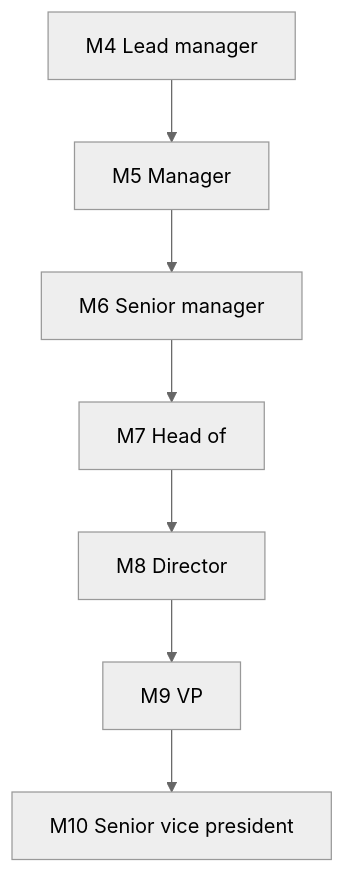
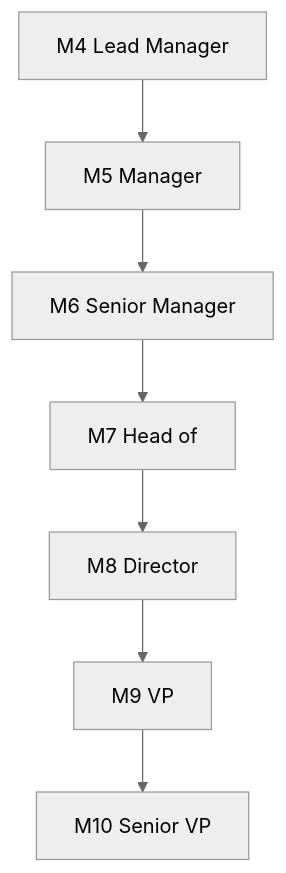
Before and after one commit to ultralytics/handbook: the diagram in docs/en/people/careers/levels-management.md, drawn with Mermaid (neutral theme). The commit also changed 8 other files, not shown here.

First line of the commit message:
Address review findings and tune diagrams for the dagre layout

````diff
--- a/docs/en/people/careers/levels-management.md
+++ b/docs/en/people/careers/levels-management.md
@@ -16,9 +16,9 @@
 ```mermaid
 flowchart TD
-    M4[M4 Lead manager] --> M5[M5 Manager]
-    M5 --> M6[M6 Senior manager]
+    M4[M4 Lead Manager] --> M5[M5 Manager]
+    M5 --> M6[M6 Senior Manager]
     M6 --> M7[M7 Head of]
     M7 --> M8[M8 Director]
     M8 --> M9[M9 VP]
-    M9 --> M10[M10 Senior vice president]
+    M9 --> M10[M10 Senior VP]
 ```
````
